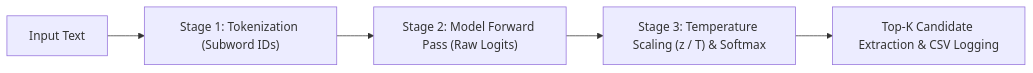
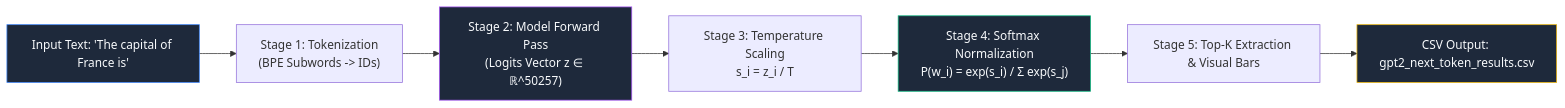
One commit to SurajReddy469/Generative-AI- changed the diagram in week7/README.md. Above: the diagram before and after it, drawn with Mermaid. The commit also changed other lines of this file and 8 other files, not shown here.

````diff
--- a/week7/README.md
+++ b/week7/README.md
@@ -10,7 +16,14 @@
 ```mermaid
 flowchart LR
-    A["Input Text"] --> B["Stage 1: Tokenization (Subword IDs)"]
-    B --> C["Stage 2: Model Forward Pass (Raw Logits)"]
-    C --> D["Stage 3: Temperature Scaling (z / T) & Softmax"]
-    D --> E["Top-K Candidate Extraction & CSV Logging"]
+    A["Input Text: 'The capital of France is'"] --> B["Stage 1: Tokenization\n(BPE Subwords -> IDs)"]
+    B --> C["Stage 2: Model Forward Pass\n(Logits Vector z ∈ ℝ^50257)"]
+    C --> D["Stage 3: Temperature Scaling\ns_i = z_i / T"]
+    D --> E["Stage 4: Softmax Normalization\nP(w_i) = exp(s_i) / Σ exp(s_j)"]
+    E --> F["Stage 5: Top-K Extraction & Visual Bars"]
+    F --> G["CSV Output: gpt2_next_token_results.csv"]
+
+    style A fill:#1e293b,stroke:#3b82f6,color:#f8fafc
+    style C fill:#1e293b,stroke:#a855f7,color:#f8fafc
+    style E fill:#1e293b,stroke:#10b981,color:#f8fafc
+    style G fill:#1e293b,stroke:#eab308,color:#f8fafc
 ```
````
